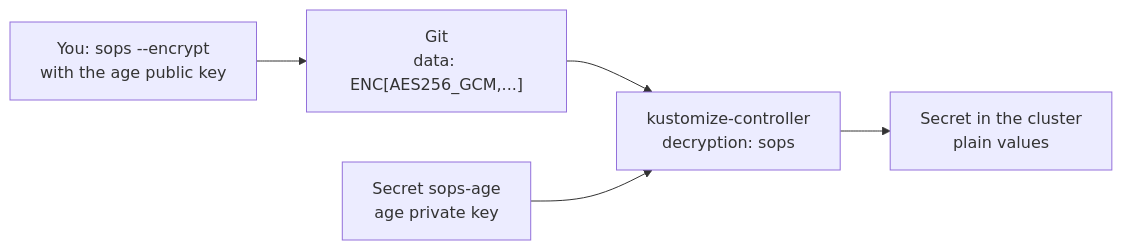
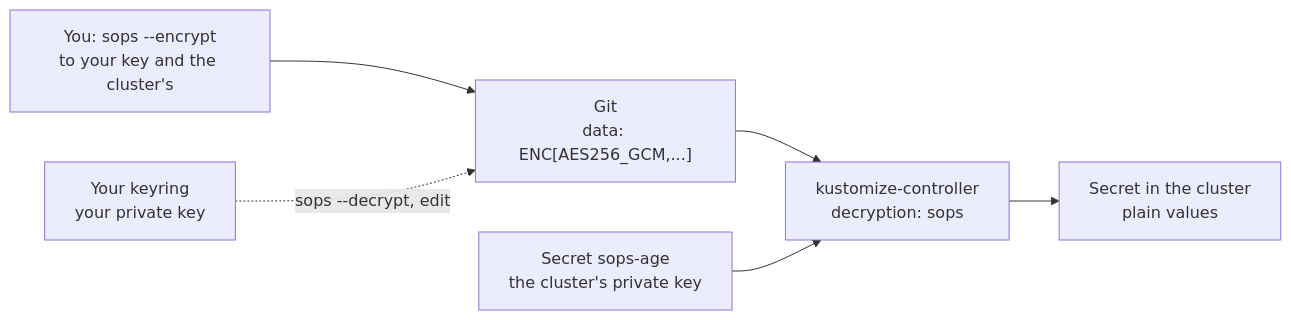
The diagram in docs/05-sops.md (bourbonfgiles/kube_local), drawn with Mermaid before and after one commit. The commit also changed other lines of this file and 1 other file, not shown here.

First line of the commit message:
SOPS lesson: personal key in the keyring, a separate key per cluster

````diff
--- a/docs/05-sops.md
+++ b/docs/05-sops.md
@@ -13,7 +15,8 @@
 ```mermaid
 flowchart LR
-  you["You: sops --encrypt<br/>with the age public key"] --> git["Git<br/>data: ENC[AES256_GCM,...]"]
+  you["You: sops --encrypt<br/>to your key and the cluster's"] --> git["Git<br/>data: ENC[AES256_GCM,...]"]
   git --> kc["kustomize-controller<br/>decryption: sops"]
-  key["Secret sops-age<br/>age private key"] --> kc
+  key["Secret sops-age<br/>the cluster's private key"] --> kc
   kc --> sec["Secret in the cluster<br/>plain values"]
+  ring["Your keyring<br/>your private key"] -.->|"sops --decrypt, edit"| git
 ```
````
